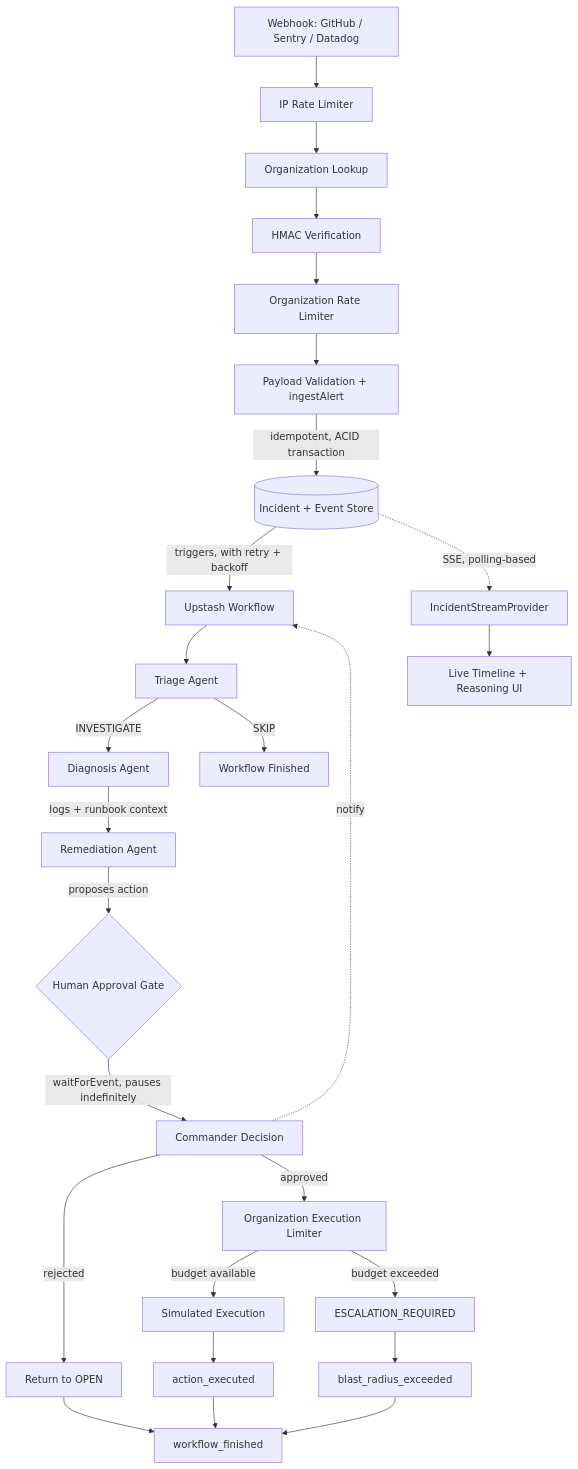
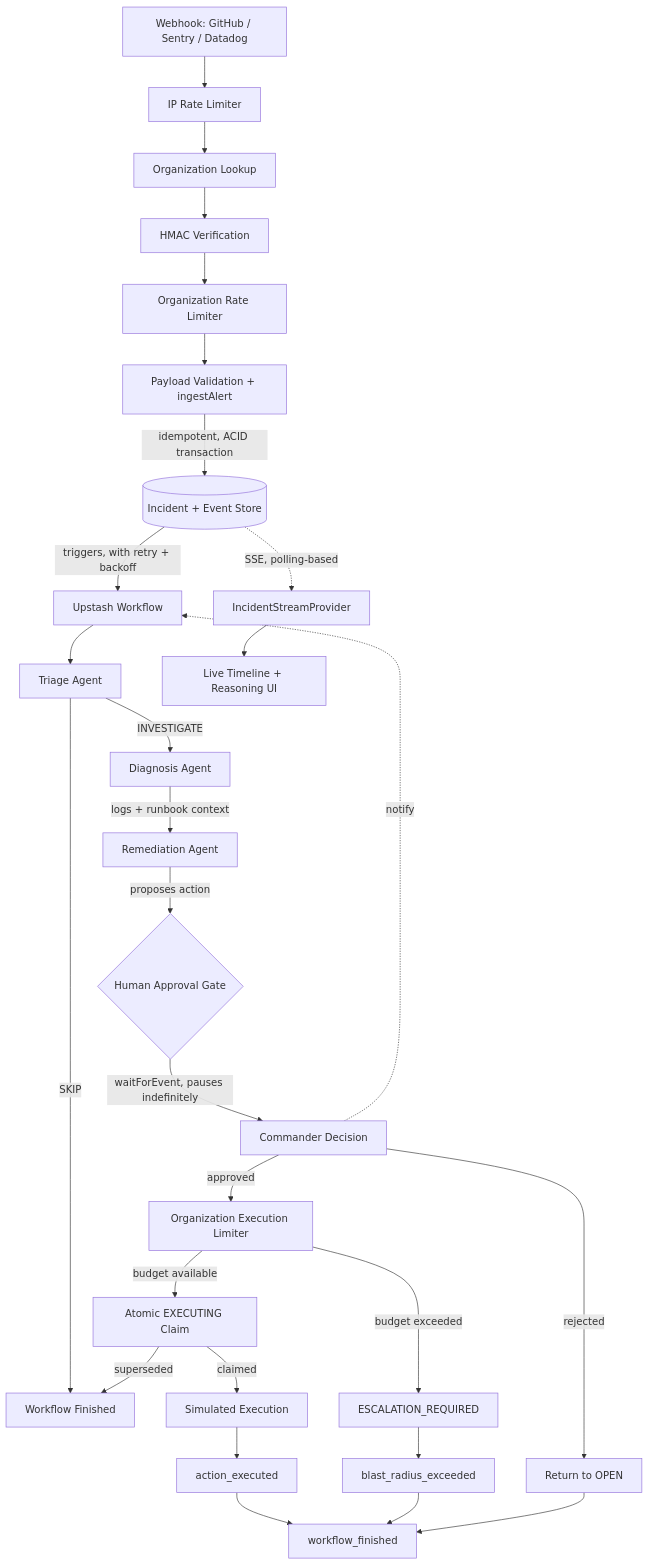
The diagram in README.md (Gurashish73/sentinel), drawn with Mermaid before and after one commit. The commit also changed other lines of this file and 2 other files, not shown here.

````diff
--- a/README.md
+++ b/README.md
@@ -71,31 +63,34 @@
 ```mermaid
 flowchart TD
     A[Webhook: GitHub / Sentry / Datadog] --> B[IP Rate Limiter]
     B --> C[Organization Lookup]
     C --> D[HMAC Verification]
     D --> E[Organization Rate Limiter]
     E --> F[Payload Validation + ingestAlert]
     F -->|idempotent, ACID transaction| G[(Incident + Event Store)]
     G -->|triggers, with retry + backoff| H[Upstash Workflow]
 
     H --> I[Triage Agent]
     I -->|INVESTIGATE| J[Diagnosis Agent]
     I -->|SKIP| N[Workflow Finished]
     J -->|logs + runbook context| K[Remediation Agent]
     K -->|proposes action| L{Human Approval Gate}
 
     L -->|waitForEvent, pauses indefinitely| M[Commander Decision]
     M -->|rejected| O[Return to OPEN]
     M -->|approved| P[Organization Execution Limiter]
-    P -->|budget available| Q[Simulated Execution]
+    P -->|budget available| X[Atomic EXECUTING Claim]
+    X -->|claimed| Q[Simulated Execution]
+    X -->|superseded| N
     P -->|budget exceeded| R[ESCALATION_REQUIRED]
+
     Q --> S[action_executed]
     R --> T[blast_radius_exceeded]
     S --> U[workflow_finished]
     T --> U
     O --> U
 
     G -.->|SSE, polling-based| V[IncidentStreamProvider]
     V --> W[Live Timeline + Reasoning UI]
     M -.->|notify| H
 ```
````
